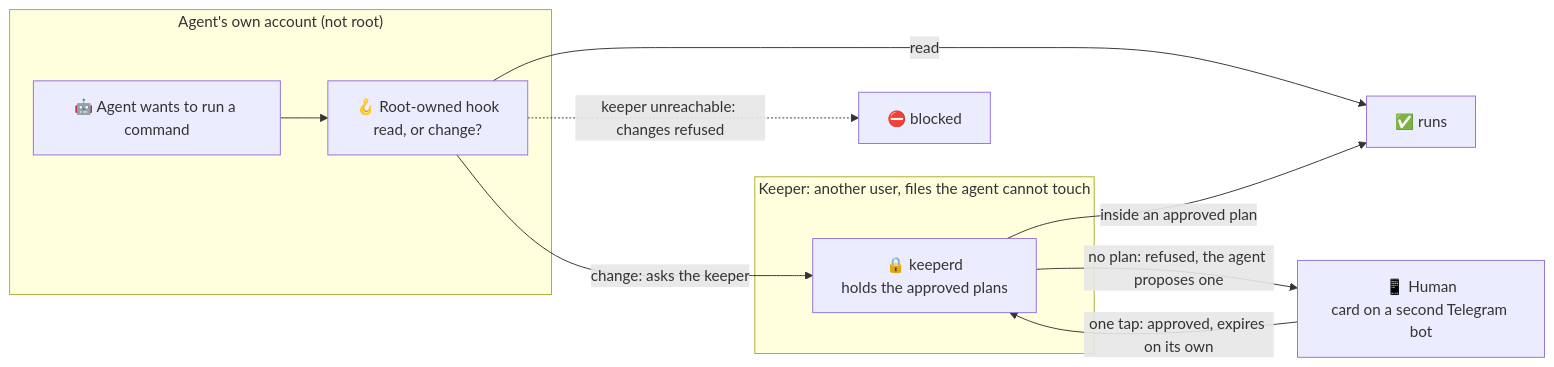
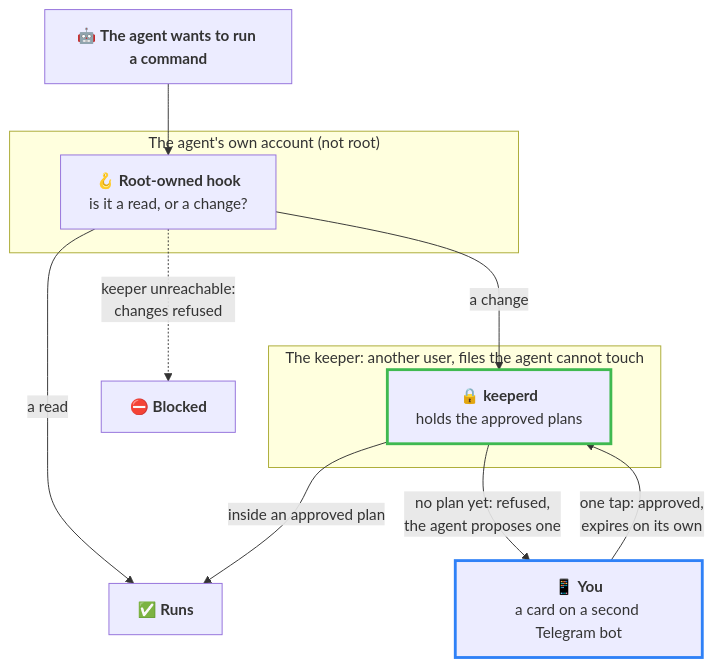
One commit to renocz/agent-ops-guardrails changed the second of 2 diagrams in README.md. Above: the diagram before and after it, drawn with Mermaid. The commit also changed other lines of this file, not shown here.

First line of the commit message:
README: vertical, colour-coded diagrams (method and keeper)

````diff
--- a/README.md
+++ b/README.md
@@ -35,18 +38,18 @@
 ```mermaid
-flowchart LR
-    subgraph AG["Agent's own account (not root)"]
-        T["🤖 Agent wants to run a command"]
-        HK["🪝 Root-owned hook<br/>read, or change?"]
+flowchart TB
+    T["🤖 <b>The agent wants to run a command</b>"] --> HK
+    subgraph AG["The agent's own account (not root)"]
+        HK["🪝 <b>Root-owned hook</b><br/>is it a read, or a change?"]
     end
-    subgraph KP["Keeper: another user, files the agent cannot touch"]
-        KD["🔒 keeperd<br/>holds the approved plans"]
+    HK -->|"a read"| OK["✅ <b>Runs</b>"]
+    HK -->|"a change"| KD
+    subgraph KP["The keeper: another user, files the agent cannot touch"]
+        KD["🔒 <b>keeperd</b><br/>holds the approved plans"]:::guard
     end
-    HU["📱 Human<br/>card on a second Telegram bot"]
-    T --> HK
-    HK -->|"read"| OK["✅ runs"]
-    HK -->|"change: asks the keeper"| KD
     KD -->|"inside an approved plan"| OK
-    KD -->|"no plan: refused, the agent proposes one"| HU
-    HU -->|"one tap: approved, expires on its own"| KD
-    HK -.->|"keeper unreachable: changes refused"| NO["⛔ blocked"]
+    KD -->|"no plan yet: refused,<br/>the agent proposes one"| HU["📱 <b>You</b><br/>a card on a second Telegram bot"]:::human
+    HU -->|"one tap: approved,<br/>expires on its own"| KD
+    HK -.->|"keeper unreachable:<br/>changes refused"| NO["⛔ <b>Blocked</b>"]
+    classDef human stroke:#2f81f7,stroke-width:3px
+    classDef guard stroke:#3fb950,stroke-width:3px
 ```
````
